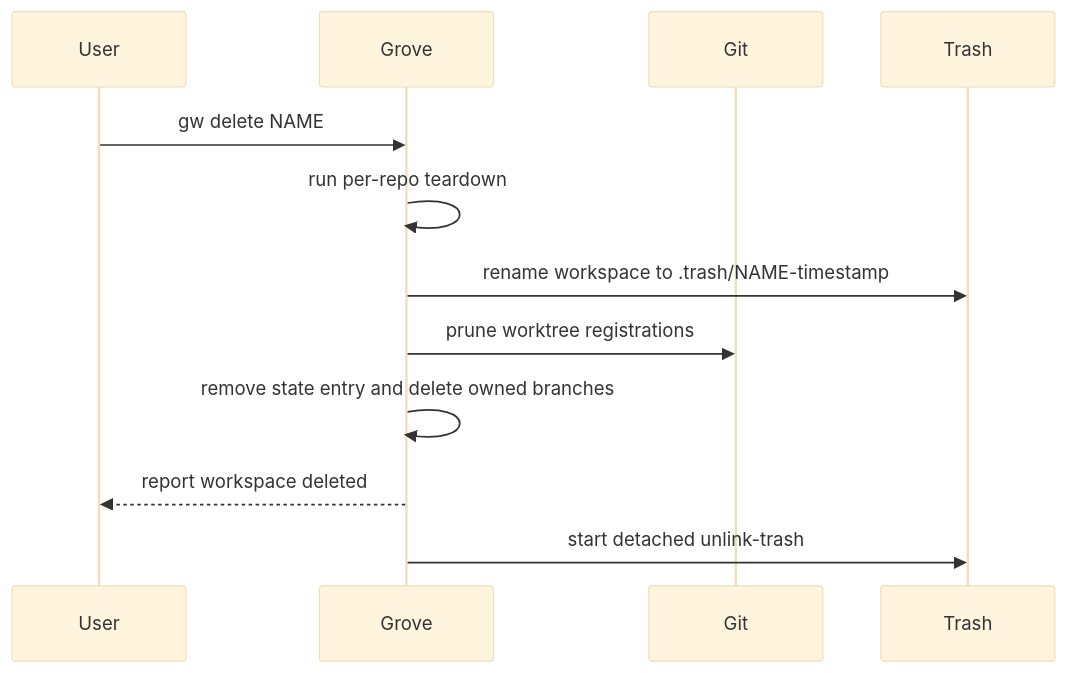
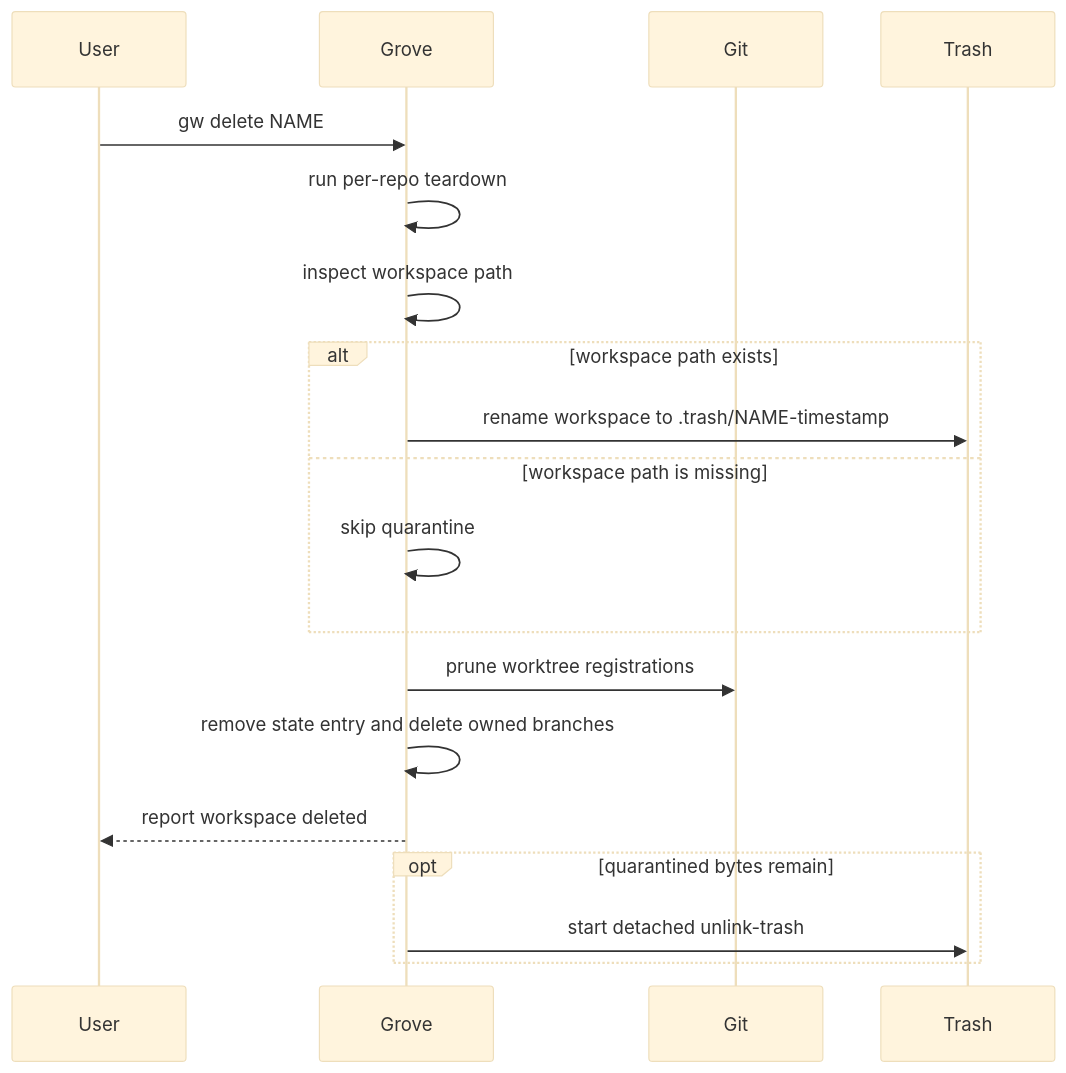
The second of 2 diagrams in openwiki/operations.md (nicksenap/grove), drawn with Mermaid (base theme) before and after one commit. The commit also changed other lines of this file and 21 other files, not shown here.

````diff
--- a/openwiki/operations.md
+++ b/openwiki/operations.md
@@ -235,14 +230,21 @@
 ```mermaid
 sequenceDiagram
     participant User
     participant Grove
     participant Git
     participant Trash
     User->>Grove: gw delete NAME
     Grove->>Grove: run per-repo teardown
-    Grove->>Trash: rename workspace to .trash/NAME-timestamp
+    Grove->>Grove: inspect workspace path
+    alt workspace path exists
+        Grove->>Trash: rename workspace to .trash/NAME-timestamp
+    else workspace path is missing
+        Grove->>Grove: skip quarantine
+    end
     Grove->>Git: prune worktree registrations
     Grove->>Grove: remove state entry and delete owned branches
     Grove-->>User: report workspace deleted
-    Grove->>Trash: start detached unlink-trash
+    opt quarantined bytes remain
+        Grove->>Trash: start detached unlink-trash
+    end
 ```
````
